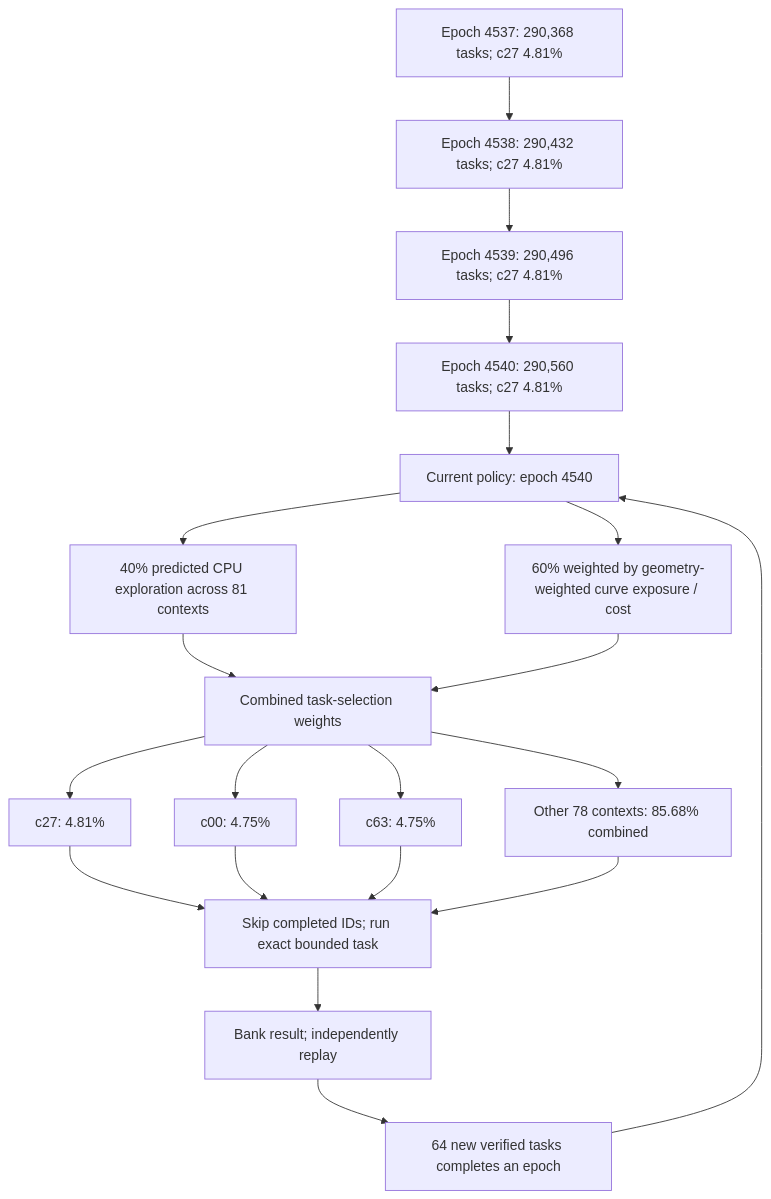
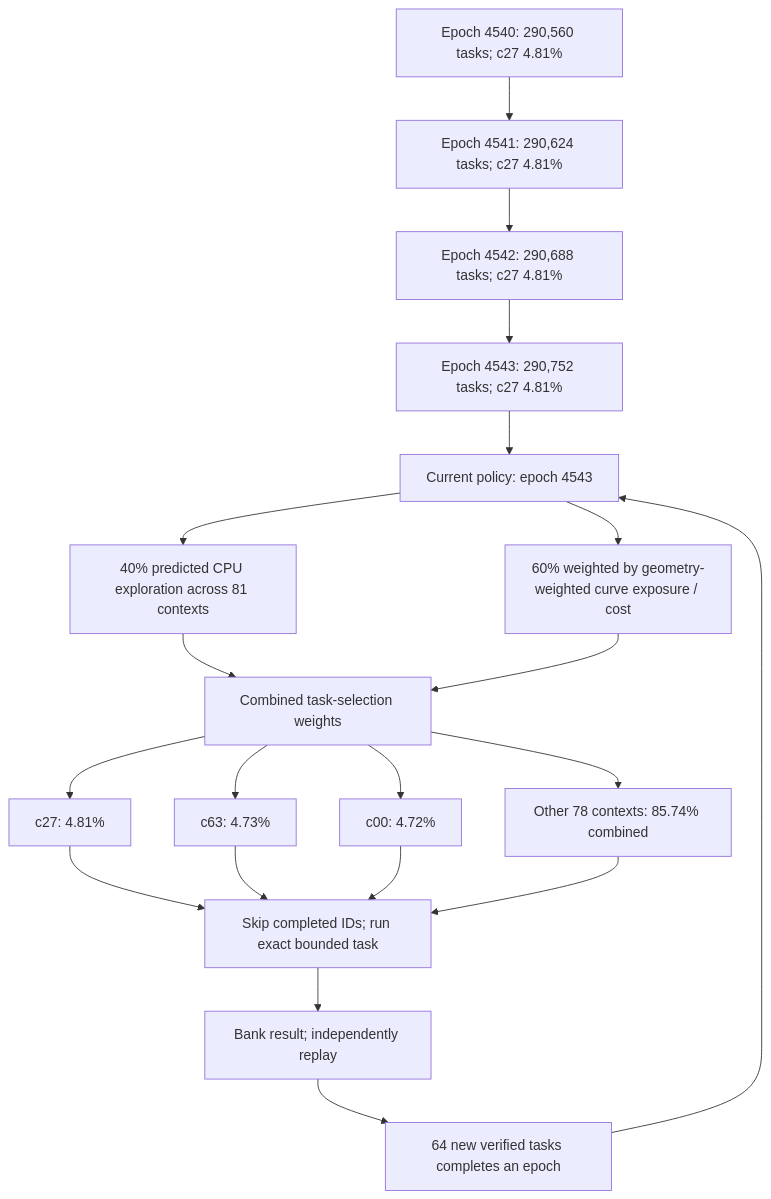
One commit to Kuberwastaken/math-gambling changed the first of 3 diagrams in README.md. Above: the diagram before and after it, drawn with Mermaid. The commit also changed other lines of this file and 3315 other files, not shown here.

````diff
--- a/README.md
+++ b/README.md
@@ -60,27 +60,27 @@
 ```mermaid
 flowchart TD
-    H0["Epoch 4537: 290,368 tasks; c27 4.81%"]
-    H1["Epoch 4538: 290,432 tasks; c27 4.81%"]
+    H0["Epoch 4540: 290,560 tasks; c27 4.81%"]
+    H1["Epoch 4541: 290,624 tasks; c27 4.81%"]
     H0 --> H1
-    H2["Epoch 4539: 290,496 tasks; c27 4.81%"]
+    H2["Epoch 4542: 290,688 tasks; c27 4.81%"]
     H1 --> H2
-    H3["Epoch 4540: 290,560 tasks; c27 4.81%"]
+    H3["Epoch 4543: 290,752 tasks; c27 4.81%"]
     H2 --> H3
-    Policy["Current policy: epoch 4540"]
+    Policy["Current policy: epoch 4543"]
     H3 --> Policy
     Policy --> Explore["40% predicted CPU exploration across 81 contexts"]
     Policy --> Cost["60% weighted by geometry-weighted curve exposure / cost"]
     Explore --> Mix["Combined task-selection weights"]
     Cost --> Mix
     Mix --> C0["c27: 4.81%"]
-    Mix --> C1["c00: 4.75%"]
-    Mix --> C2["c63: 4.75%"]
-    Mix --> Rest["Other 78 contexts: 85.68% combined"]
+    Mix --> C1["c63: 4.73%"]
+    Mix --> C2["c00: 4.72%"]
+    Mix --> Rest["Other 78 contexts: 85.74% combined"]
     C0 --> Check["Skip completed IDs; run exact bounded task"]
     C1 --> Check
     C2 --> Check
     Rest --> Check
     Check --> Replay["Bank result; independently replay"]
     Replay --> Gate["64 new verified tasks completes an epoch"]
     Gate --> Policy
 ```
````
